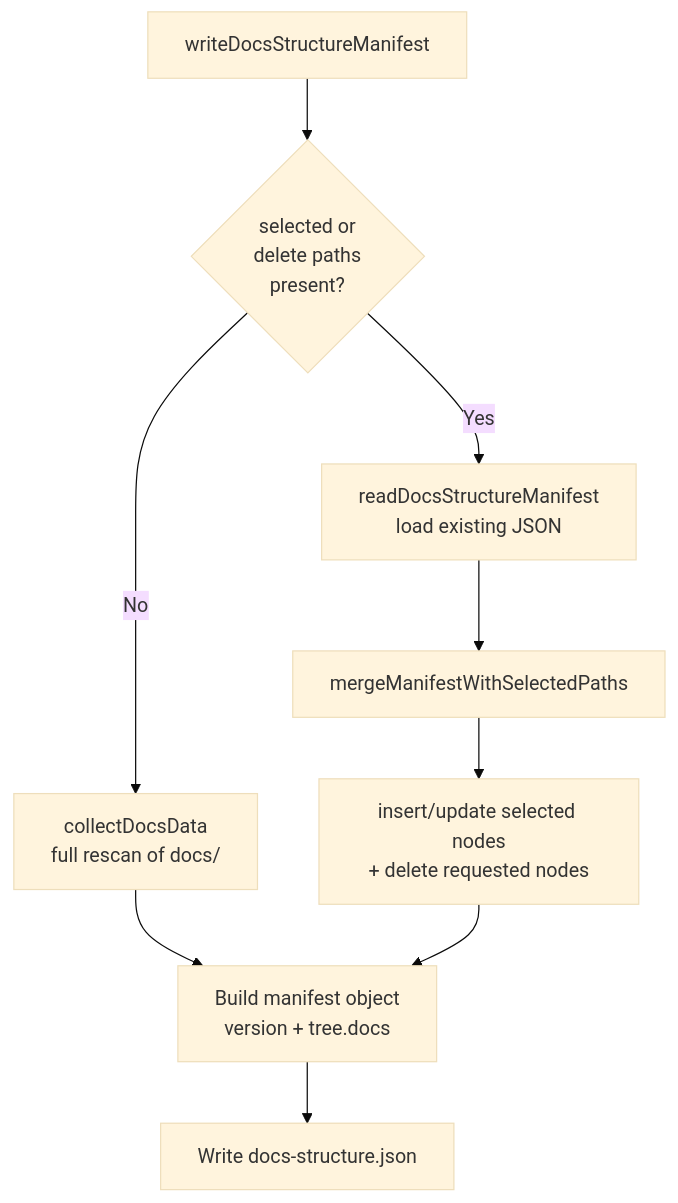
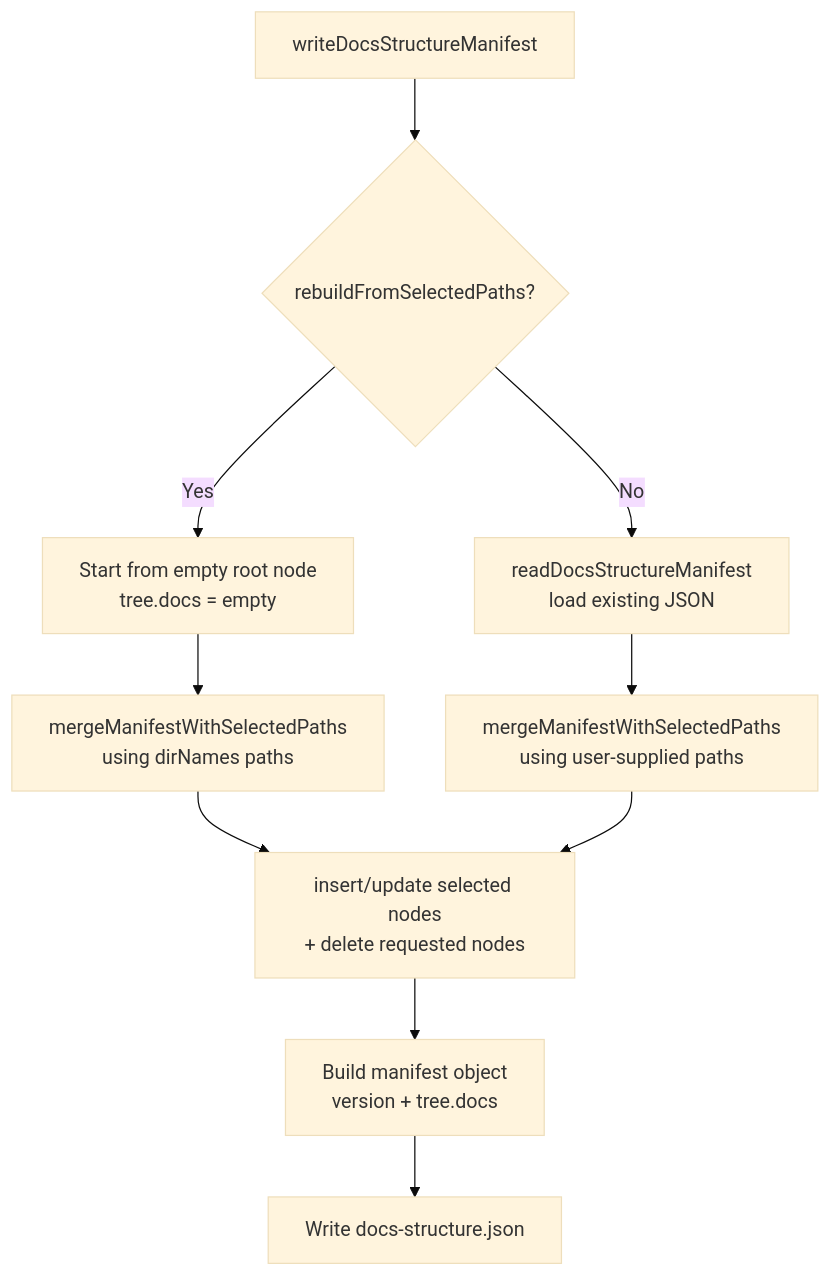
The third of 5 diagrams in upload_sources_to_crowdin_workflow.md (pagopa/devportal-docs), drawn with Mermaid (base theme) before and after one commit. The commit also changed other lines of this file and 7 other files, not shown here.

First line of the commit message:
[DEV-4124] Implement dirNames fetching for manifest generation and Crowdin upload (#209)

````diff
--- a/upload_sources_to_crowdin_workflow.md
+++ b/upload_sources_to_crowdin_workflow.md
@@ -92,11 +93,12 @@
 ```mermaid
 flowchart TD
-    A[writeDocsStructureManifest] --> B{selected or<br/>delete paths<br/>present?}
-    B -- No --> F[collectDocsData<br/>full rescan of docs/]
-    B -- Yes --> C[readDocsStructureManifest<br/>load existing JSON]
-    C --> D[mergeManifestWithSelectedPaths]
+    A[writeDocsStructureManifest] --> B{rebuildFromSelectedPaths?}
+    B -- Yes --> R[Start from empty root node<br/>tree.docs = empty]
+    B -- No --> C[readDocsStructureManifest<br/>load existing JSON]
+    R --> D[mergeManifestWithSelectedPaths<br/>using dirNames paths]
+    C --> D2[mergeManifestWithSelectedPaths<br/>using user-supplied paths]
     D --> E[insert/update selected nodes<br/>+ delete requested nodes]
-    F --> G[Build manifest object<br/>version + tree.docs]
-    E --> G
+    D2 --> E
+    E --> G[Build manifest object<br/>version + tree.docs]
     G --> H[Write docs-structure.json]
 ```
````
